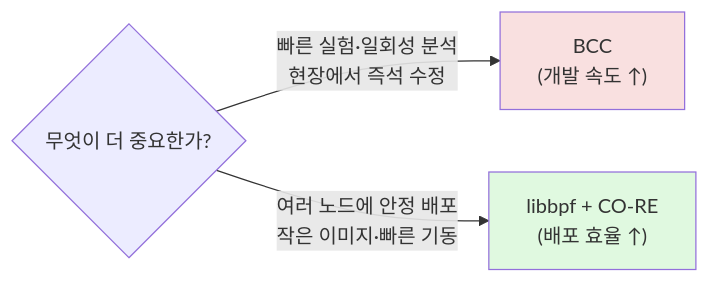
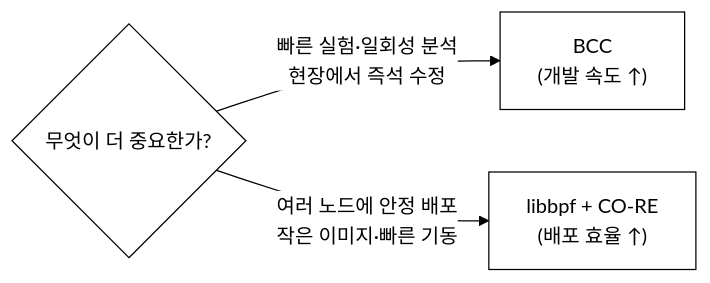
The fifth of 5 diagrams in docs/lecture/11주차_libbpf와_CO-RE_프로덕션eBPF.md (iamywl/ebpf-lab), drawn with Mermaid before and after one commit. The commit also changed other lines of this file and 33 other files, not shown here.

First line of the commit message:
강의자료: 다이어그램 흑백(논문 스타일) 통일 + 실제 실행 스크린샷 삽입

````diff
--- a/docs/lecture/11주차_libbpf와_CO-RE_프로덕션eBPF.md
+++ b/docs/lecture/11주차_libbpf와_CO-RE_프로덕션eBPF.md
@@ -217,8 +221,9 @@
 ```mermaid
+%%{init: {"theme":"base","themeVariables":{"background":"#ffffff","primaryColor":"#ffffff","primaryBorderColor":"#000000","primaryTextColor":"#000000","secondaryColor":"#ffffff","secondaryBorderColor":"#000000","secondaryTextColor":"#000000","tertiaryColor":"#ffffff","tertiaryBorderColor":"#000000","tertiaryTextColor":"#000000","lineColor":"#000000","textColor":"#000000","mainBkg":"#ffffff","secondBkg":"#ffffff","clusterBkg":"#ffffff","clusterBorder":"#000000","edgeLabelBackground":"#ffffff","nodeBorder":"#000000","defaultLinkColor":"#000000","titleColor":"#000000","actorBkg":"#ffffff","actorBorder":"#000000","actorTextColor":"#000000","actorLineColor":"#000000","signalColor":"#000000","signalTextColor":"#000000","labelBoxBkgColor":"#ffffff","labelBoxBorderColor":"#000000","labelTextColor":"#000000","loopTextColor":"#000000","noteBkgColor":"#ffffff","noteBorderColor":"#000000","noteTextColor":"#000000","activationBkgColor":"#ffffff","activationBorderColor":"#000000","sequenceNumberColor":"#000000","cScale0":"#ffffff","cScale1":"#ffffff","cScale2":"#ffffff","cScale3":"#ffffff","cScale4":"#ffffff","cScale5":"#ffffff","cScale6":"#ffffff","cScale7":"#ffffff","cScale8":"#ffffff","cScale9":"#ffffff","cScale10":"#ffffff","cScale11":"#ffffff","cScaleLabel0":"#000000","cScaleLabel1":"#000000","cScaleLabel2":"#000000","cScaleLabel3":"#000000","cScaleLabel4":"#000000","cScaleLabel5":"#000000","cScaleLabel6":"#000000","cScaleLabel7":"#000000","cScaleLabel8":"#000000","cScaleLabel9":"#000000","cScaleLabel10":"#000000","cScaleLabel11":"#000000","pie1":"#ffffff","pie2":"#eeeeee","pie3":"#dddddd","pie4":"#cccccc","fontFamily":"Georgia, serif"}}}%%
 flowchart LR
     Q{"무엇이 더 중요한가?"}
     Q -->|"빠른 실험·일회성 분석\n현장에서 즉석 수정"| BCC["BCC\n(개발 속도 ↑)"]
     Q -->|"여러 노드에 안정 배포\n작은 이미지·빠른 기동"| LIB["libbpf + CO-RE\n(배포 효율 ↑)"]
-    style BCC fill:#f9e0e0
-    style LIB fill:#e0f9e0
+    style BCC fill:#ffffff
+    style LIB fill:#ffffff
 ```
````
